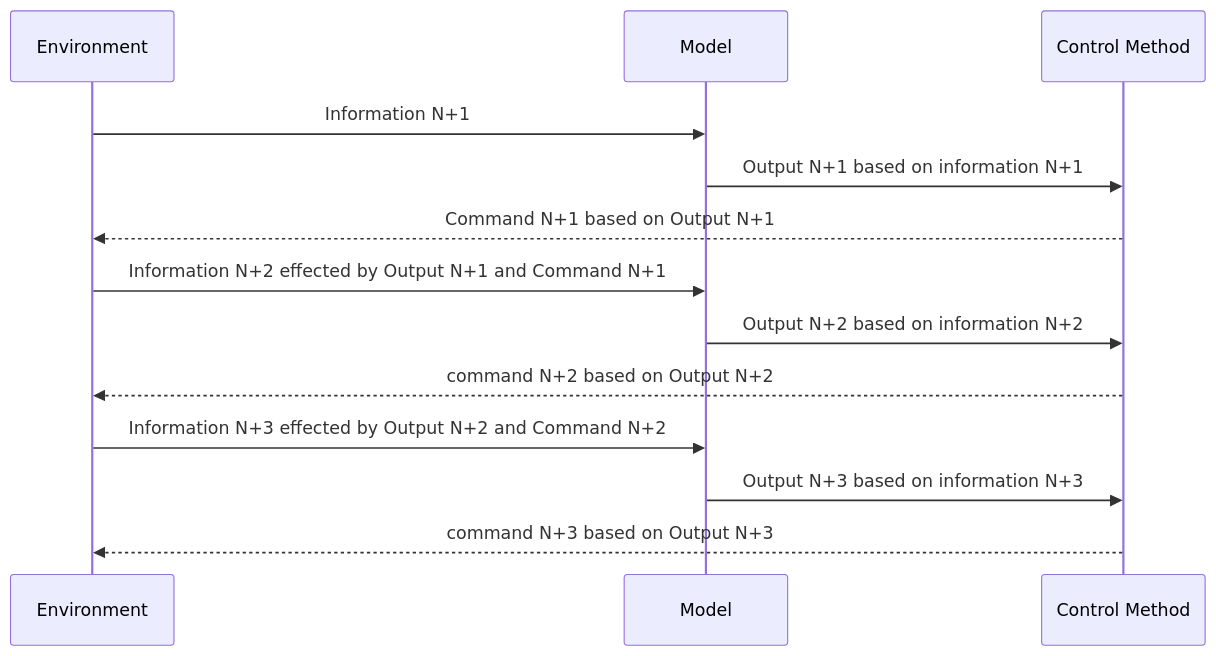
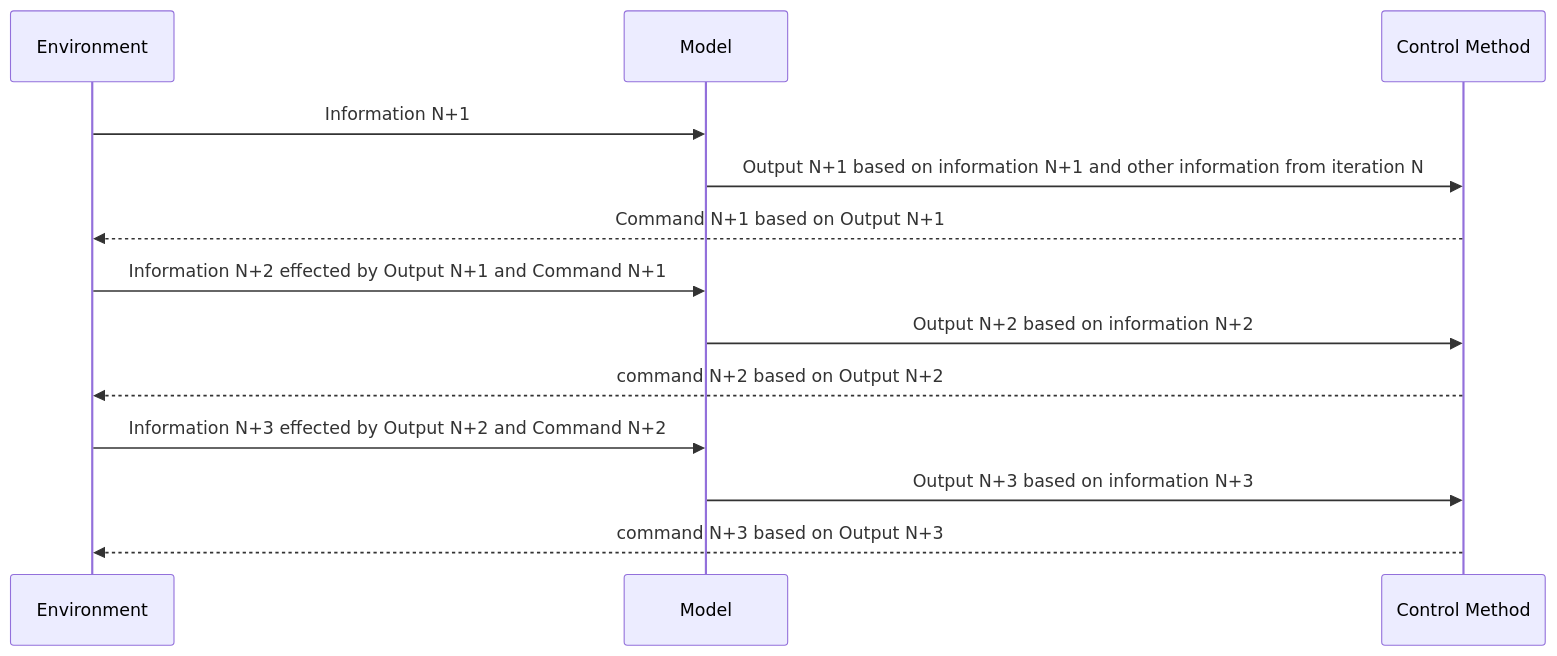
Before and after one commit to Hurricane-k/carry-bio: the second of 2 diagrams in content/posts/blog12/index.md, drawn with Mermaid. The commit also changed 1 other file, not shown here.

Commit message:
correct one mistake

```diff
--- a/content/posts/blog12/index.md
+++ b/content/posts/blog12/index.md
@@ -28,14 +28,14 @@
 {{<mermaid align="center">}}
 sequenceDiagram 
     Environment ->> Model: Information N+1
-    Model ->> Control Method: Output N+1 based on information N+1
+    Model ->> Control Method: Output N+1 based on information N+1 and other information from iteration N
     Control Method-->> Environment: Command N+1 based on Output N+1
 
     Environment ->> Model: Information N+2 effected by Output N+1 and Command N+1
     Model ->> Control Method: Output N+2 based on information N+2
     Control Method-->> Environment: command N+2 based on Output N+2
 
     Environment ->> Model: Information N+3 effected by Output N+2 and Command N+2
     Model ->> Control Method: Output N+3 based on information N+3
     Control Method-->> Environment: command N+3 based on Output N+3
 {{</mermaid>}}
```
